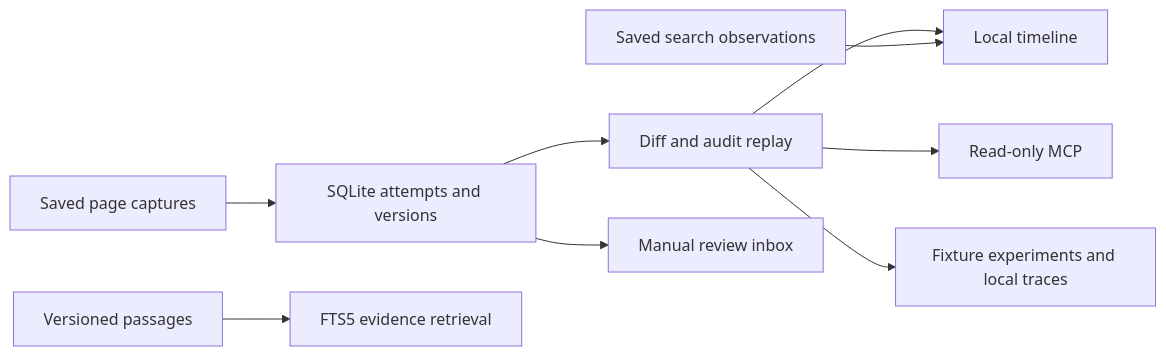
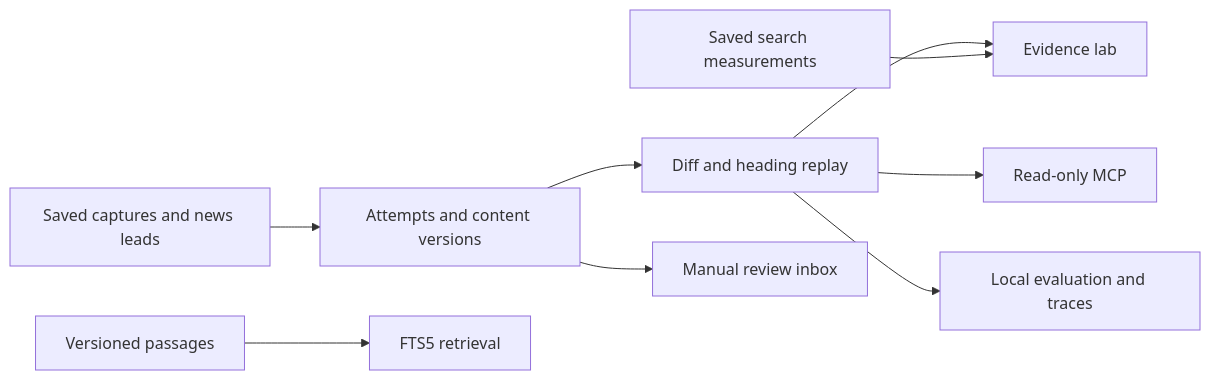
One commit to j-zulick/seo-evidence-lab changed the diagram in README.md. Above: the diagram before and after it, drawn with Mermaid. The commit also changed other lines of this file and 14 other files, not shown here.

````diff
--- a/README.md
+++ b/README.md
@@ -25,11 +66,11 @@
 ```mermaid
 flowchart LR
-  A[Saved page captures] --> B[SQLite attempts and versions]
-  B --> C[Diff and audit replay]
-  C --> D[Local timeline]
-  E[Saved search observations] --> D
+  A[Saved captures and news leads] --> B[Attempts and content versions]
+  B --> C[Diff and heading replay]
+  C --> D[Evidence lab]
+  E[Saved search measurements] --> D
   B --> F[Manual review inbox]
-  G[Versioned passages] --> H[FTS5 evidence retrieval]
+  G[Versioned passages] --> H[FTS5 retrieval]
   C --> I[Read-only MCP]
-  C --> J[Fixture experiments and local traces]
+  C --> J[Local evaluation and traces]
 ```
````
